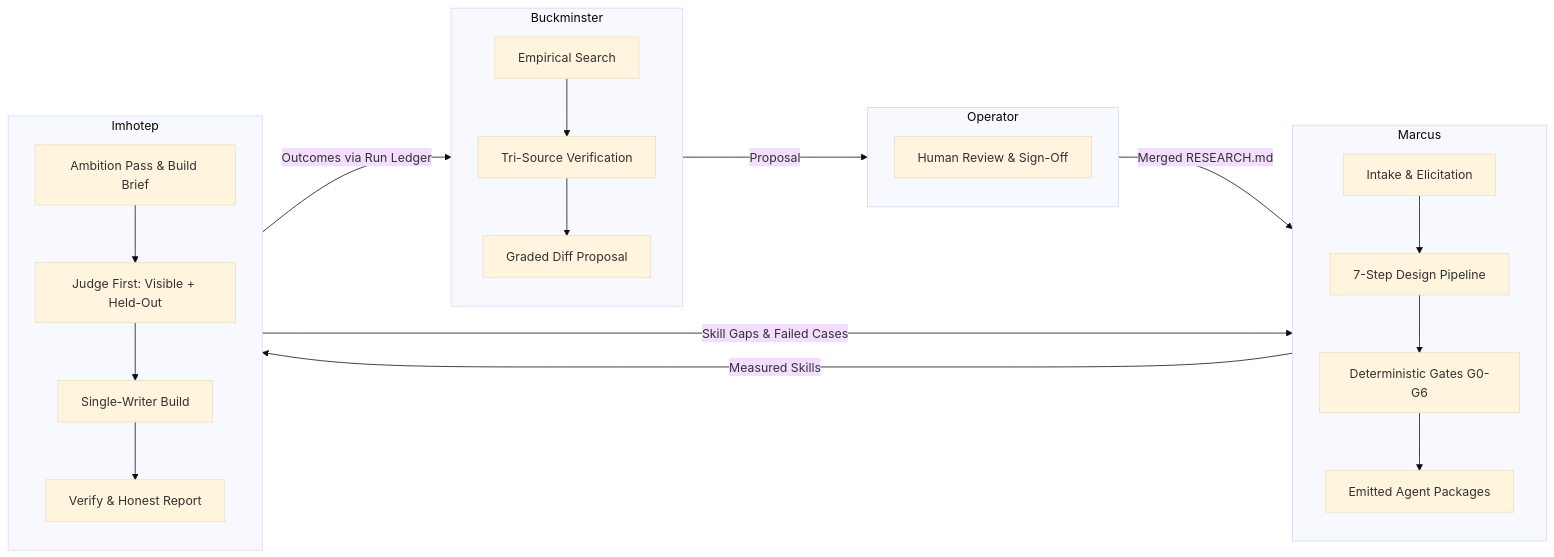
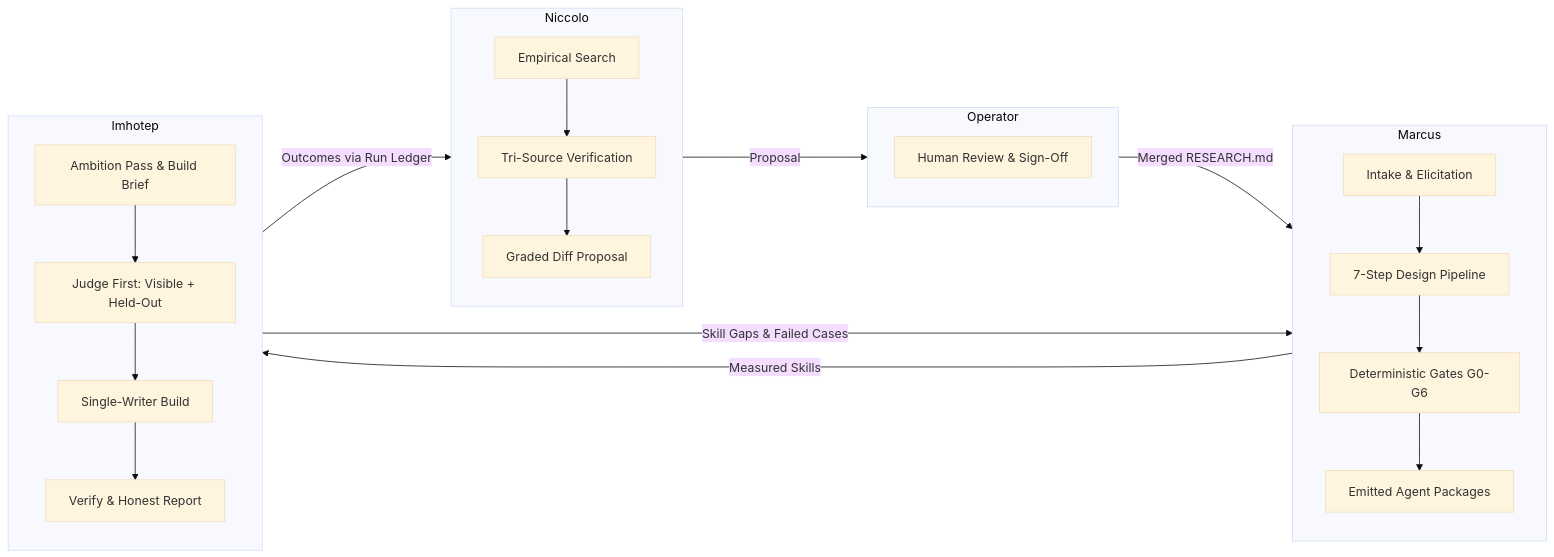
The diagram in docs/OPERATING_GUIDE.md (syst0m/demiurge), drawn with Mermaid (base theme) before and after one commit. The commit also changed other lines of this file and 43 other files, not shown here.

First line of the commit message:
Rename Buckminster to Niccolo; add personas guide

````diff
--- a/docs/OPERATING_GUIDE.md
+++ b/docs/OPERATING_GUIDE.md
@@ -18,32 +18,32 @@
 ```mermaid
 flowchart LR
-    subgraph Research [Buckminster]
+    subgraph Research [Niccolo]
         direction TB
         B1[Empirical Search] --> B2[Tri-Source Verification]
         B2 --> B3[Graded Diff Proposal]
     end
 
     subgraph Governance [Operator]
         H[Human Review & Sign-Off]
     end
 
     subgraph Synthesis [Marcus]
         direction TB
         M1[Intake & Elicitation] --> M2[7-Step Design Pipeline]
         M2 --> M3[Deterministic Gates G0-G6]
         M3 --> M4[Emitted Agent Packages]
     end
 
     subgraph Build [Imhotep]
         direction TB
         I1[Ambition Pass & Build Brief] --> I2[Judge First: Visible + Held-Out]
         I2 --> I3[Single-Writer Build]
         I3 --> I4[Verify & Honest Report]
     end
 
     Research -->|Proposal| Governance
     Governance -->|Merged RESEARCH.md| Synthesis
     Synthesis -->|Measured Skills| Build
     Build -->|Outcomes via Run Ledger| Research
     Build -->|Skill Gaps & Failed Cases| Synthesis
 ```
````
